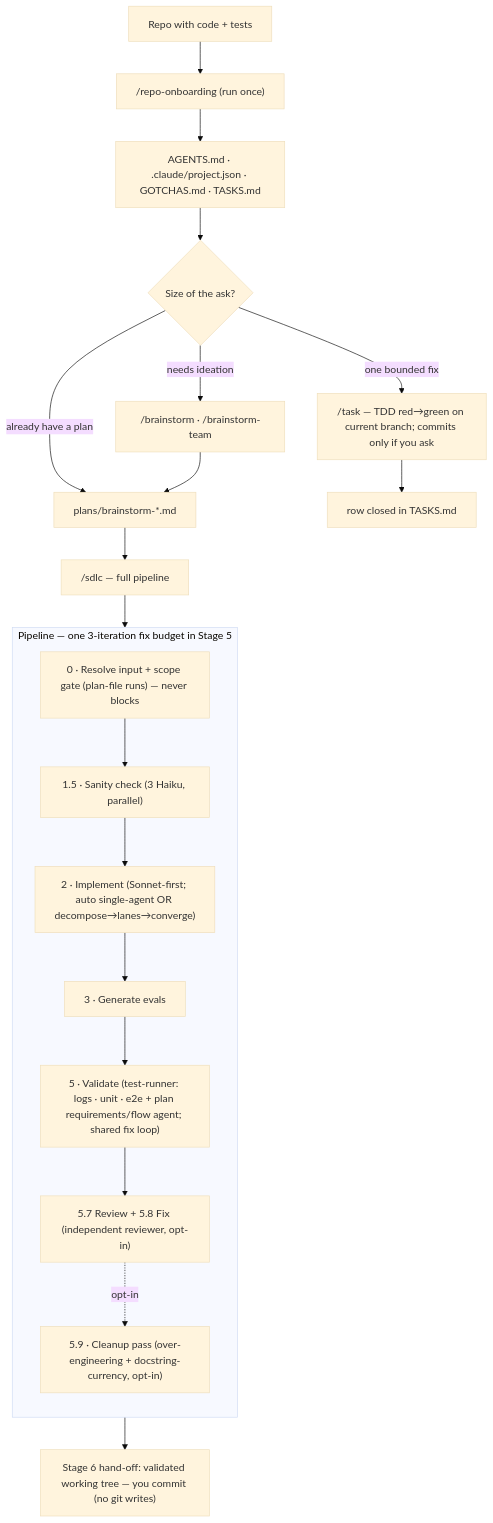
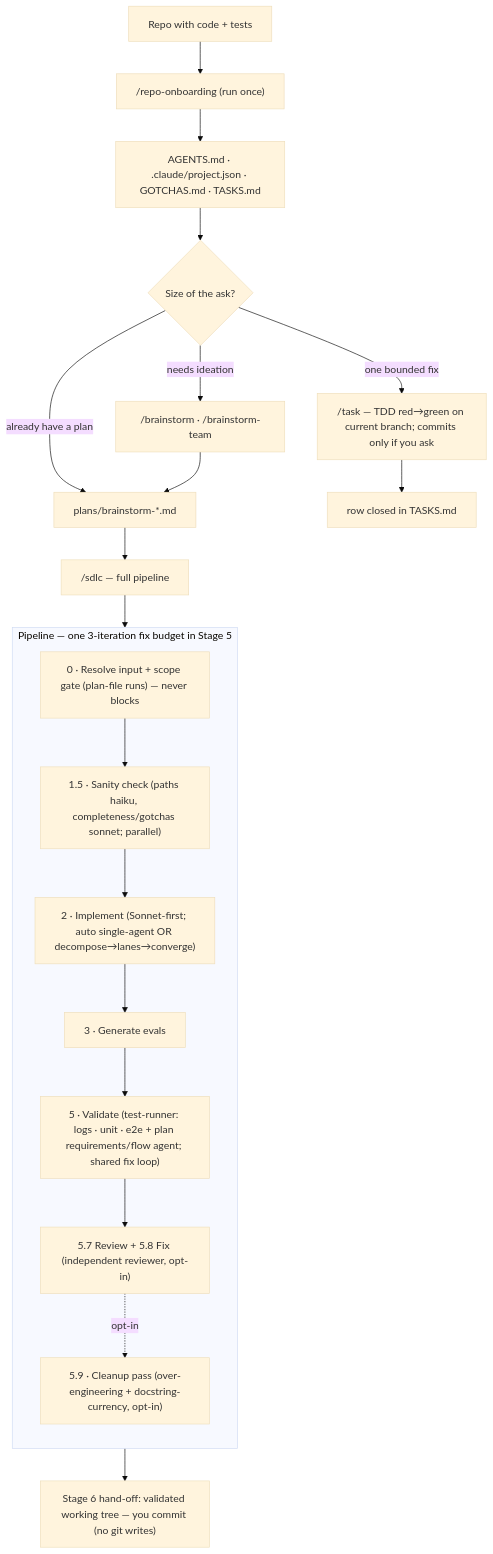
Before and after one commit to exerias21/brainstorm-toolkit: the diagram in docs/FLOW.md, drawn with Mermaid (base theme). The commit also changed other lines of this file and 37 other files, not shown here.

````diff
--- a/docs/FLOW.md
+++ b/docs/FLOW.md
@@ -25,26 +25,26 @@
 ```mermaid
 flowchart TD
     R["Repo with code + tests"] --> ONB["/repo-onboarding  (run once)"]
     ONB --> CFG["AGENTS.md · .claude/project.json · GOTCHAS.md · TASKS.md"]
     CFG --> PICK{"Size of the ask?"}
 
     PICK -->|"one bounded fix"| TASK["/task — TDD red→green on current branch; commits only if you ask"]
     PICK -->|"needs ideation"| BS["/brainstorm · /brainstorm-team"]
     PICK -->|"already have a plan"| PLAN["plans/brainstorm-*.md"]
     BS --> PLAN
 
     PLAN --> SDLC["/sdlc — full pipeline"]
     SDLC --> PIPE
 
     subgraph PIPE ["Pipeline — one 3-iteration fix budget in Stage 5"]
       direction TB
-      S0["0 · Resolve input + scope gate (plan-file runs) — never blocks"] --> S15["1.5 · Sanity check (3 Haiku, parallel)"]
+      S0["0 · Resolve input + scope gate (plan-file runs) — never blocks"] --> S15["1.5 · Sanity check (paths haiku, completeness/gotchas sonnet; parallel)"]
       S15 --> S2["2 · Implement (Sonnet-first; auto single-agent OR decompose→lanes→converge)"]
       S2 --> S3["3 · Generate evals"] --> S5["5 · Validate (test-runner: logs · unit · e2e + plan requirements/flow agent; shared fix loop)"]
       S5 --> S57["5.7 Review + 5.8 Fix (independent reviewer, opt-in)"]
       S57 -.->|"opt-in"| S59["5.9 · Cleanup pass (over-engineering + docstring-currency, opt-in)"]
     end
 
     PIPE --> HO["Stage 6 hand-off: validated working tree — you commit (no git writes)"]
     TASK --> DONE["row closed in TASKS.md"]
 ```
````
